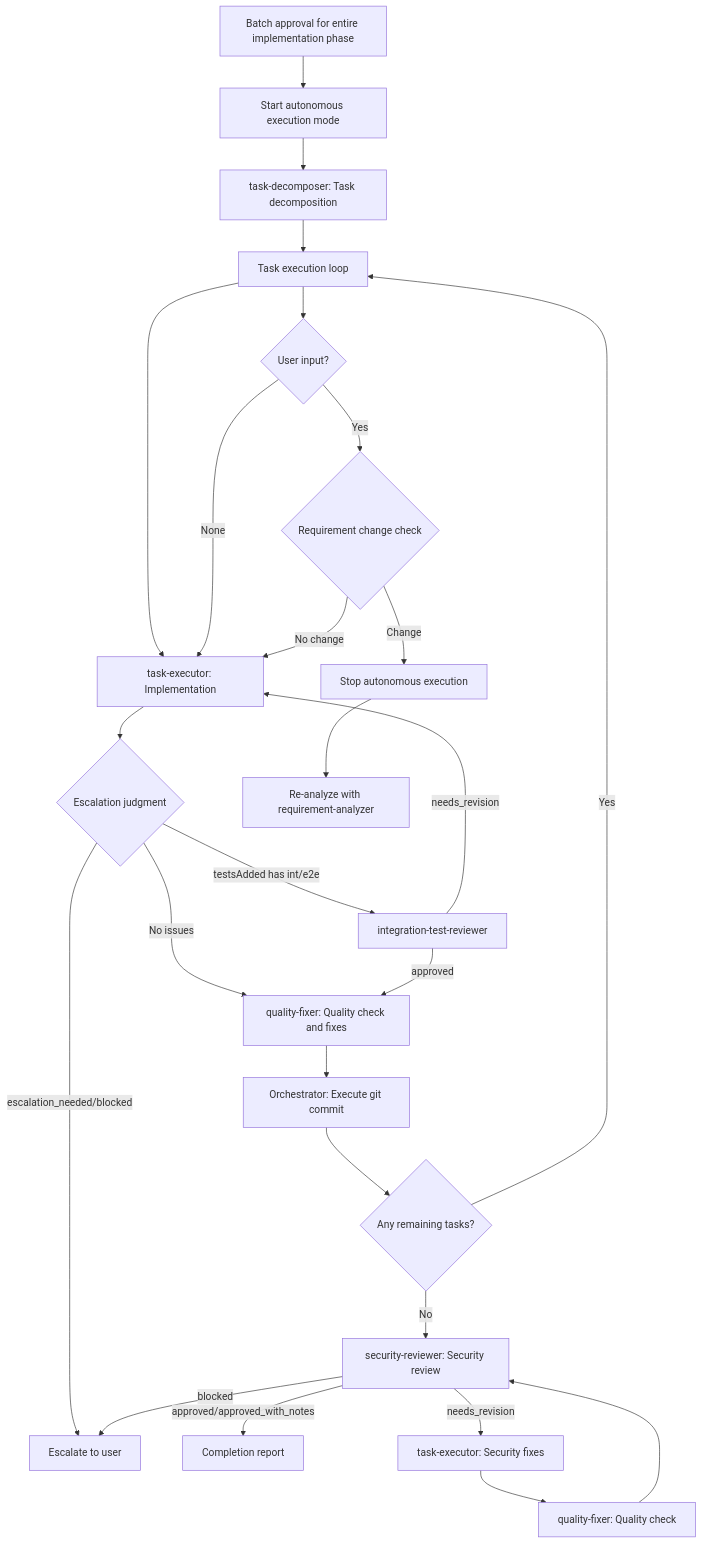
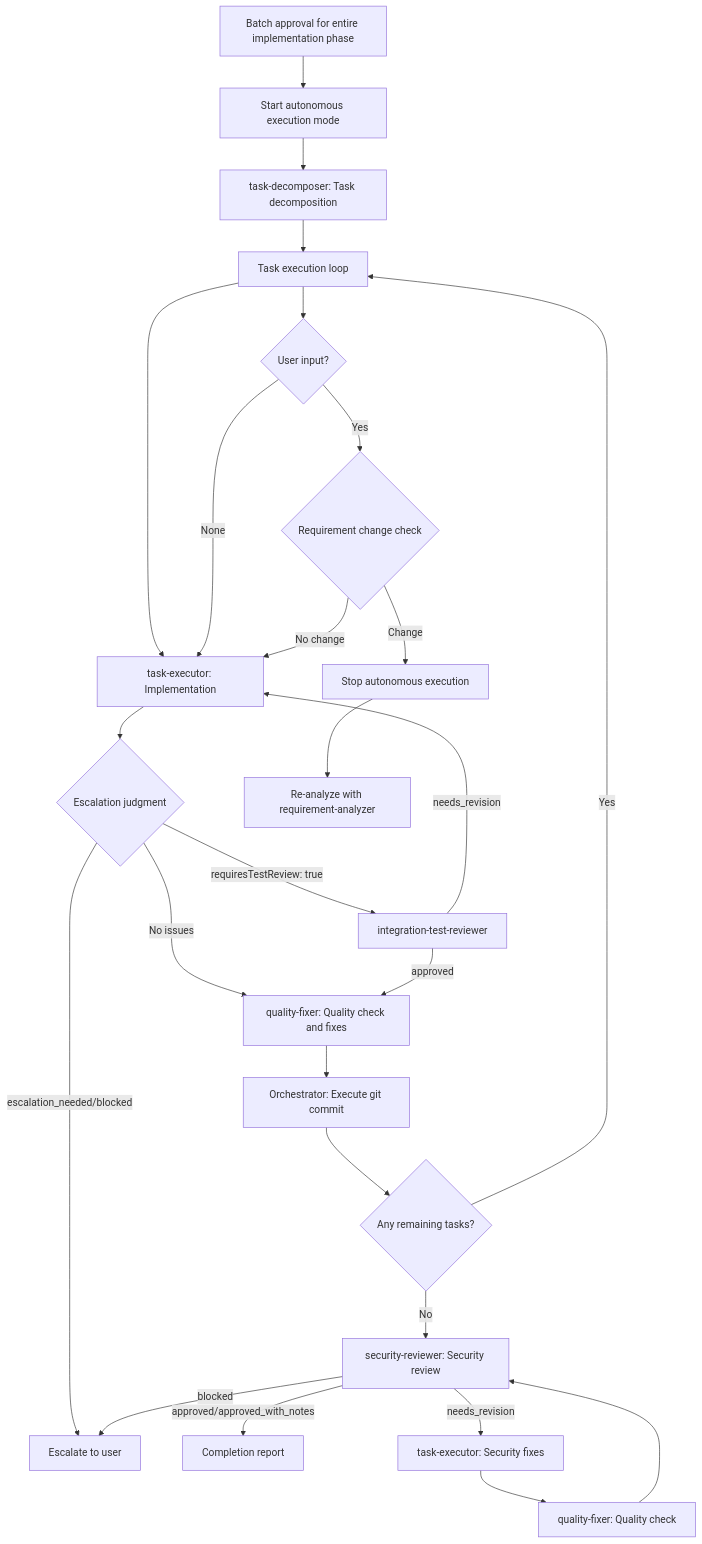
Before and after one commit to jcchikikomori/my-claude-code-workflows: the second of 2 diagrams in skills/subagents-orchestration-guide/SKILL.md, drawn with Mermaid. The commit also changed other lines of this file and 7 other files, not shown here.

First line of the commit message:
fix: replace filename-pattern test detection with requiresTestReview flag

````diff
--- a/skills/subagents-orchestration-guide/SKILL.md
+++ b/skills/subagents-orchestration-guide/SKILL.md
@@ -261,29 +261,29 @@
 ```mermaid
 graph TD
     START[Batch approval for entire implementation phase] --> AUTO[Start autonomous execution mode]
     AUTO --> TD[task-decomposer: Task decomposition]
     TD --> LOOP[Task execution loop]
     LOOP --> TE[task-executor: Implementation]
     TE --> ESCJUDGE{Escalation judgment}
     ESCJUDGE -->|escalation_needed/blocked| USERESC[Escalate to user]
-    ESCJUDGE -->|testsAdded has int/e2e| ITR[integration-test-reviewer]
+    ESCJUDGE -->|requiresTestReview: true| ITR[integration-test-reviewer]
     ESCJUDGE -->|No issues| QF
     ITR -->|needs_revision| TE
     ITR -->|approved| QF
     QF[quality-fixer: Quality check and fixes] --> COMMIT[Orchestrator: Execute git commit]
     COMMIT --> CHECK{Any remaining tasks?}
     CHECK -->|Yes| LOOP
     CHECK -->|No| SEC[security-reviewer: Security review]
     SEC -->|approved/approved_with_notes| REPORT[Completion report]
     SEC -->|needs_revision| SECFIX[task-executor: Security fixes]
     SECFIX --> QF2[quality-fixer: Quality check]
     QF2 --> SEC
     SEC -->|blocked| USERESC
 
     LOOP --> INTERRUPT{User input?}
     INTERRUPT -->|None| TE
     INTERRUPT -->|Yes| REQCHECK{Requirement change check}
     REQCHECK -->|No change| TE
     REQCHECK -->|Change| STOP[Stop autonomous execution]
     STOP --> RA[Re-analyze with requirement-analyzer]
 ```
````
